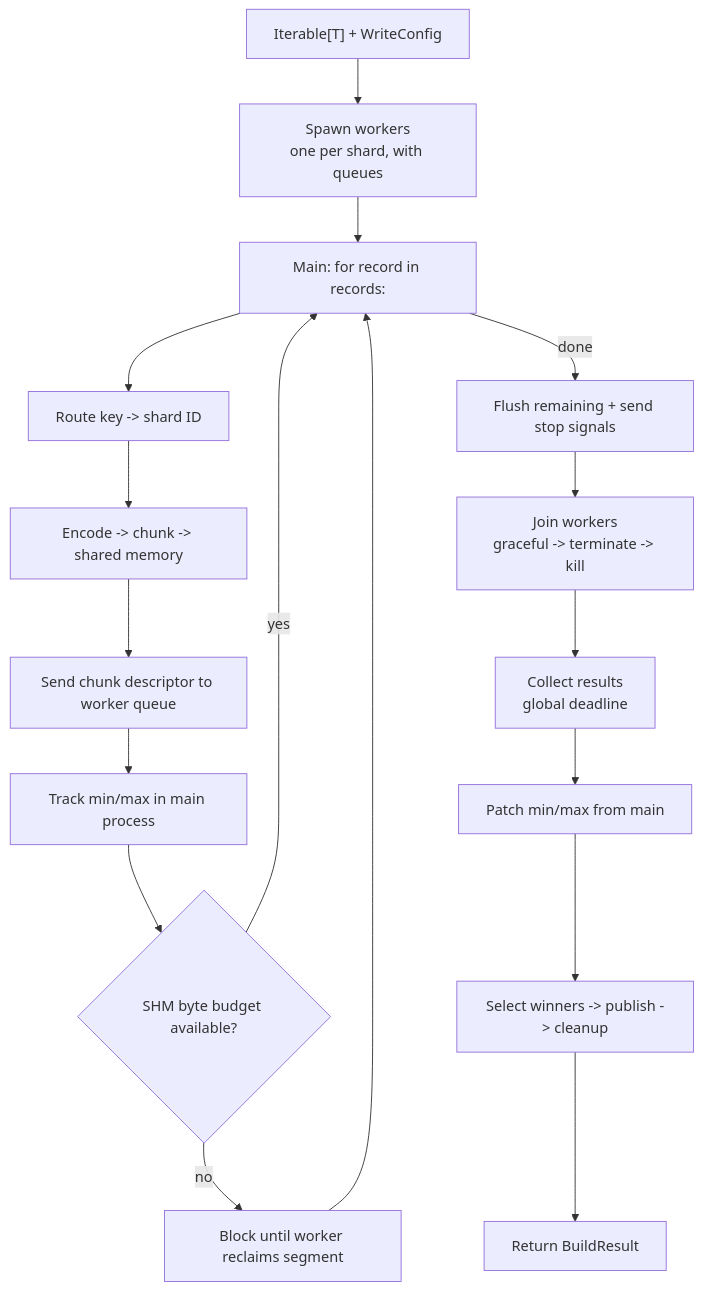
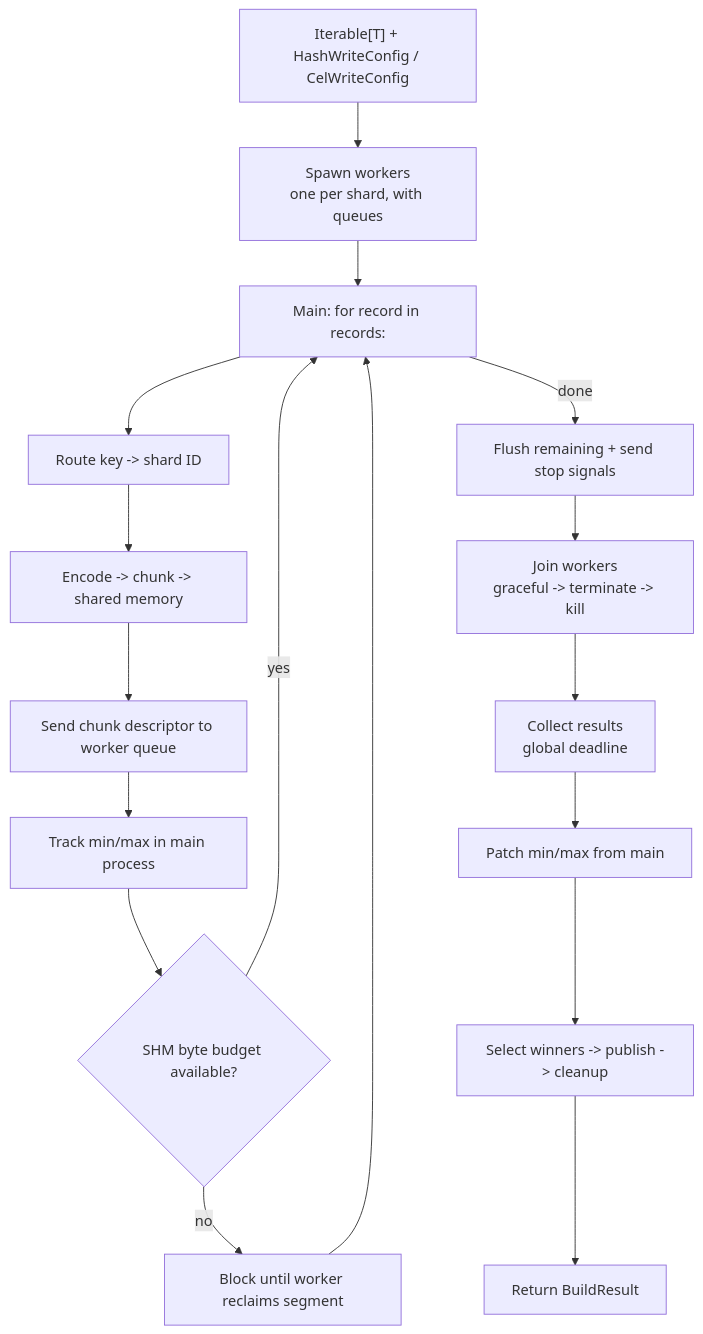
The second of 2 diagrams in docs/use-cases/kv-storage/build/python.md (elkin/shardyfusion), drawn with Mermaid before and after one commit. The commit also changed other lines of this file and 11 other files, not shown here.

First line of the commit message:
docs: update writer docs for split hash/cel API

````diff
--- a/docs/use-cases/kv-storage/build/python.md
+++ b/docs/use-cases/kv-storage/build/python.md
@@ -96,19 +122,19 @@
 ```mermaid
 flowchart TD
-    A["Iterable[T] + WriteConfig"] --> B["Spawn workers<br/>one per shard, with queues"]
+    A["Iterable[T] + HashWriteConfig / CelWriteConfig"] --> B["Spawn workers<br/>one per shard, with queues"]
     B --> C["Main: for record in records:"]
     C --> D["Route key -> shard ID"]
     D --> E["Encode -> chunk -> shared memory"]
     E --> F["Send chunk descriptor to worker queue"]
     F --> G["Track min/max in main process"]
     G --> H{"SHM byte budget available?"}
     H -->|yes| C
     H -->|no| I["Block until worker reclaims segment"]
     I --> C
     C -->|done| J["Flush remaining + send stop signals"]
     J --> K["Join workers<br/>graceful -> terminate -> kill"]
     K --> L["Collect results<br/>global deadline"]
     L --> M["Patch min/max from main"]
     M --> N["Select winners -> publish -> cleanup"]
     N --> O[Return BuildResult]
 ```
````
